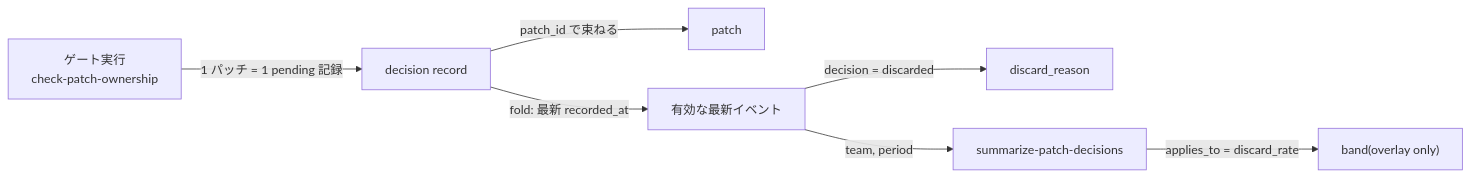
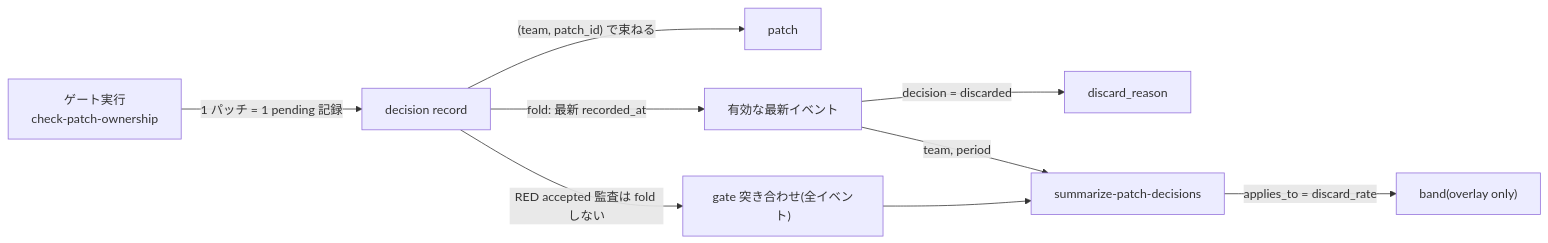
The second of 3 diagrams in docs/12_patch_decision_loop.md (suwa-sh/ai-delegation-readiness), drawn with Mermaid before and after one commit. The commit also changed other lines of this file and 4 other files, not shown here.

First line of the commit message:
fix: close the RED-accepted false negatives found by the second review

````diff
--- a/docs/12_patch_decision_loop.md
+++ b/docs/12_patch_decision_loop.md
@@ -336,9 +375,11 @@
 ```mermaid
 graph LR
     Gate["ゲート実行<br/>check-patch-ownership"] -->|"1 パッチ = 1 pending 記録"| Record["decision record"]
-    Record -->|"patch_id で束ねる"| Patch["patch"]
+    Record -->|"(team, patch_id) で束ねる"| Patch["patch"]
     Record -->|"fold: 最新 recorded_at"| Latest["有効な最新イベント"]
+    Record -->|"RED accepted 監査は fold しない"| Audit["gate 突き合わせ(全イベント)"]
     Latest -->|"decision = discarded"| Reason["discard_reason"]
     Latest -->|"team, period"| Summary["summarize-patch-decisions"]
+    Audit --> Summary
     Summary -->|"applies_to = discard_rate"| Band["band(overlay only)"]
 ```
````
